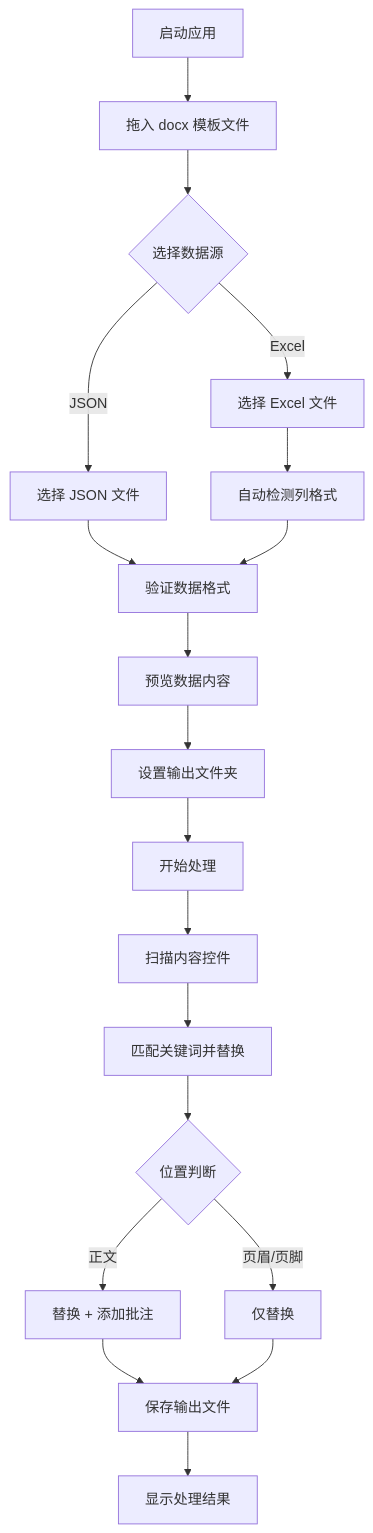
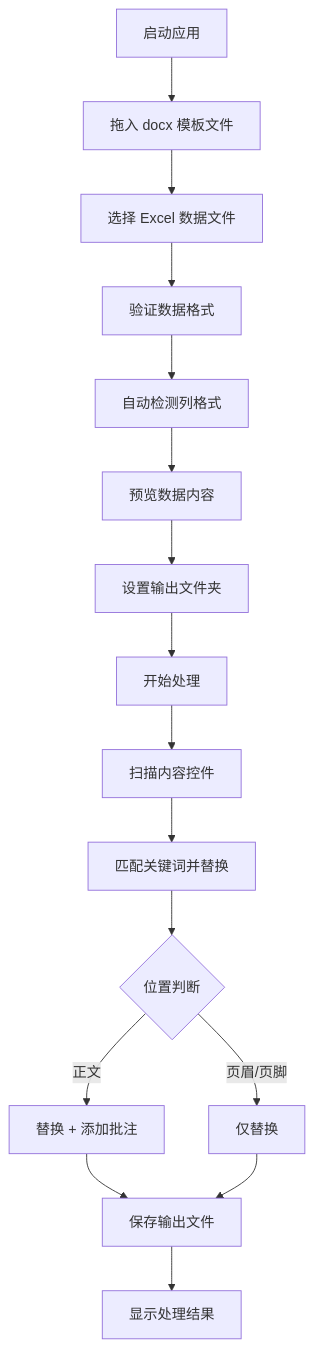
The first of 3 diagrams in docs/DocuFiller产品需求文档.md (allanpk716/docx_replacer), drawn with Mermaid before and after one commit. The commit also changed other lines of this file and 157 other files, not shown here.

````diff
--- a/docs/DocuFiller产品需求文档.md
+++ b/docs/DocuFiller产品需求文档.md
@@ -329,21 +281,18 @@
 ```mermaid
 graph TD
     A[启动应用] --> B[拖入 docx 模板文件]
-    B --> C{选择数据源}
-    C -->|JSON| D[选择 JSON 文件]
-    C -->|Excel| E[选择 Excel 文件]
-    D --> F[验证数据格式]
-    E --> G[自动检测列格式]
-    G --> F
-    F --> H[预览数据内容]
-    H --> I[设置输出文件夹]
-    I --> J[开始处理]
-    J --> K[扫描内容控件]
-    K --> L[匹配关键词并替换]
-    L --> M{位置判断}
-    M -->|正文| N[替换 + 添加批注]
-    M -->|页眉/页脚| O[仅替换]
-    N --> P[保存输出文件]
-    O --> P
-    P --> Q[显示处理结果]
+    B --> C[选择 Excel 数据文件]
+    C --> D[验证数据格式]
+    D --> E[自动检测列格式]
+    E --> F[预览数据内容]
+    F --> G[设置输出文件夹]
+    G --> H[开始处理]
+    H --> I[扫描内容控件]
+    I --> J[匹配关键词并替换]
+    J --> K{位置判断}
+    K -->|正文| L[替换 + 添加批注]
+    K -->|页眉/页脚| M[仅替换]
+    L --> N[保存输出文件]
+    M --> N
+    N --> O[显示处理结果]
 ```
````
